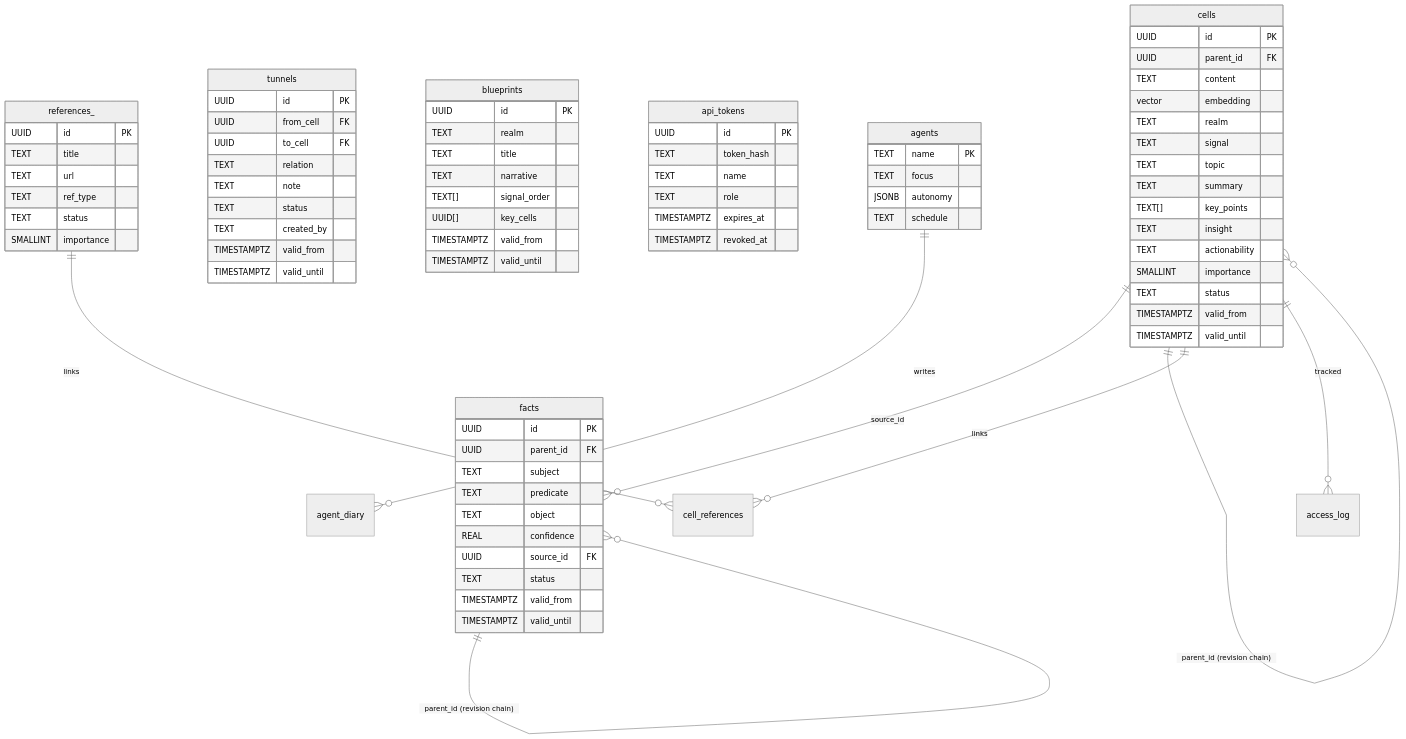
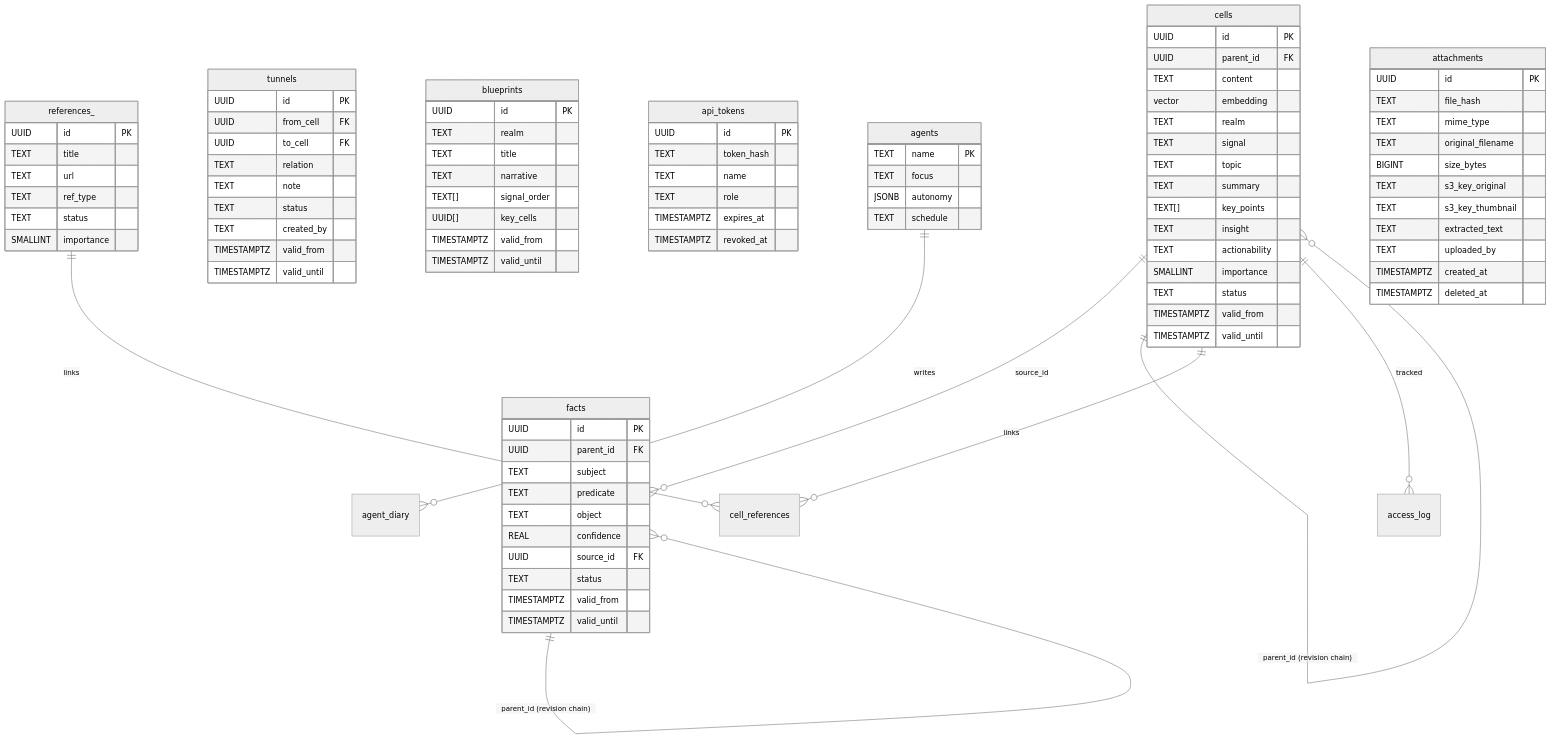
One commit to ufelmann/HiveMem changed the second of 2 diagrams in documentation/architecture.md. Above: the diagram before and after it, drawn with Mermaid (neutral theme). The commit also changed other lines of this file and 2 other files, not shown here.

Commit message:
docs: update tools (31→34), architecture ER diagram, operations for attachment storage

```diff
--- a/documentation/architecture.md
+++ b/documentation/architecture.md
@@ -98,6 +100,19 @@
         TEXT status
         SMALLINT importance
     }
+    attachments {
+        UUID id PK
+        TEXT file_hash
+        TEXT mime_type
+        TEXT original_filename
+        BIGINT size_bytes
+        TEXT s3_key_original
+        TEXT s3_key_thumbnail
+        TEXT extracted_text
+        TEXT uploaded_by
+        TIMESTAMPTZ created_at
+        TIMESTAMPTZ deleted_at
+    }
 
     cells ||--o{ facts : "source_id"
     cells ||--o{ cells : "parent_id (revision chain)"
```
